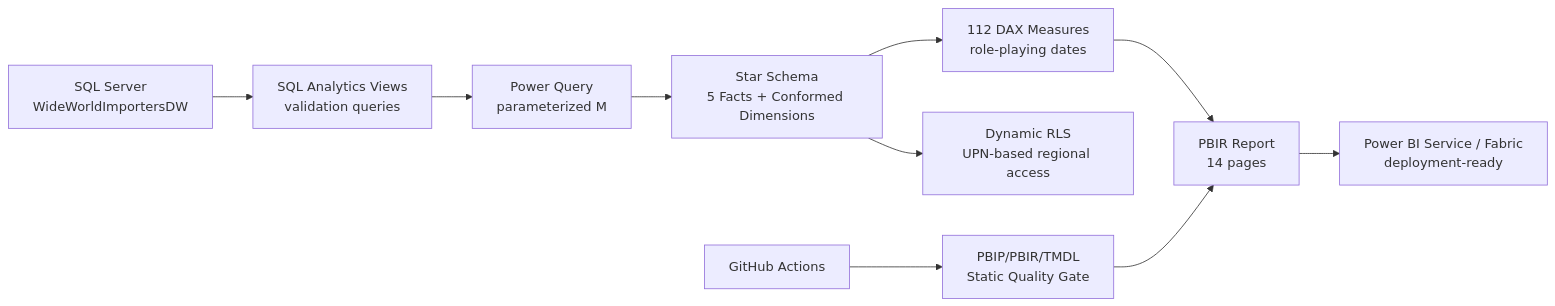
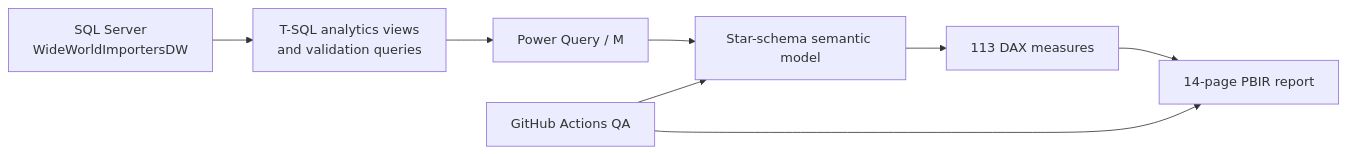
Before and after one commit to rjraunak04/supplychain360-powerbi-analytics: the diagram in README.md, drawn with Mermaid. The commit also changed other lines of this file, not shown here.

````diff
--- a/README.md
+++ b/README.md
@@ -35,12 +25,14 @@
 ```mermaid
 flowchart LR
-    A[SQL Server<br/>WideWorldImportersDW] --> B[SQL Analytics Views<br/>validation queries]
-    B --> C[Power Query<br/>parameterized M]
-    C --> D[Star Schema<br/>5 Facts + Conformed Dimensions]
-    D --> E[112 DAX Measures<br/>role-playing dates]
-    E --> F[PBIR Report<br/>14 pages]
-    D --> G[Dynamic RLS<br/>UPN-based regional access]
-    F --> H[Power BI Service / Fabric<br/>deployment-ready]
-    I[GitHub Actions] --> J[PBIP/PBIR/TMDL<br/>Static Quality Gate]
-    J --> F
+    A[SQL Server<br/>WideWorldImportersDW]
+    B[T-SQL analytics views<br/>and validation queries]
+    C[Power Query / M]
+    D[Star-schema semantic model]
+    E[113 DAX measures]
+    F[14-page PBIR report]
+    G[GitHub Actions QA]
+
+    A --> B --> C --> D --> E --> F
+    G --> F
+    G --> D
 ```
````
